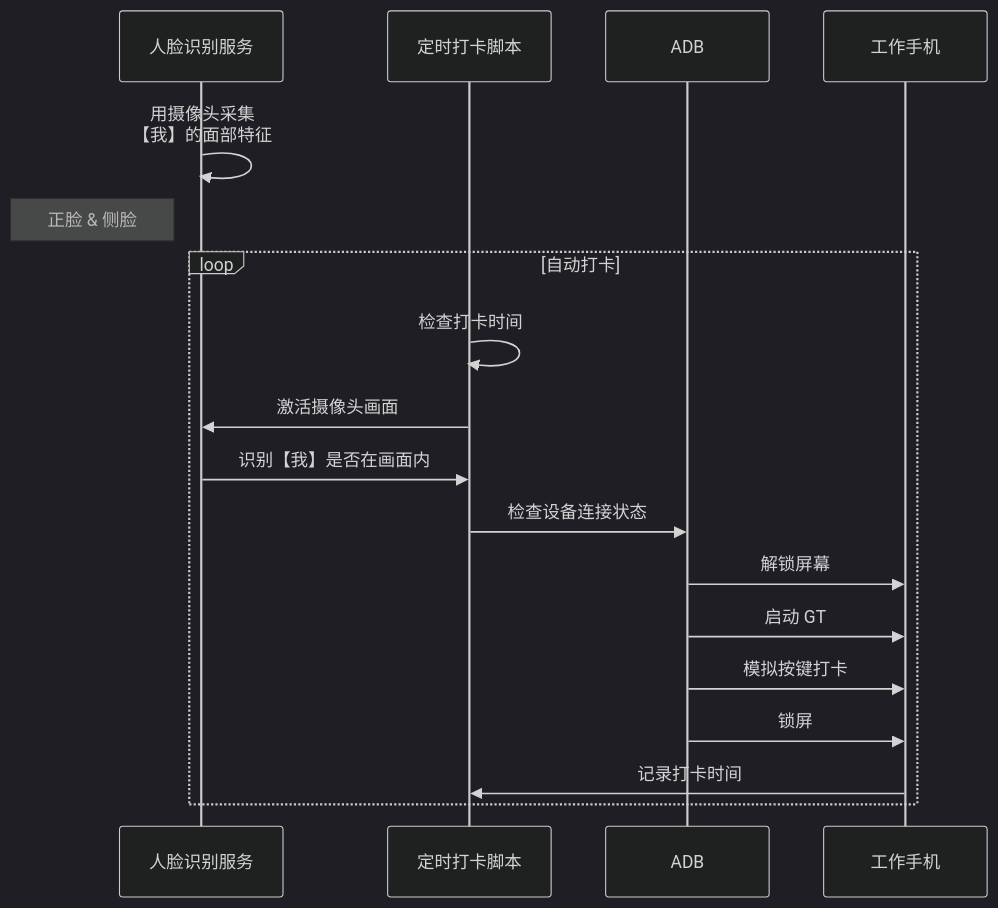
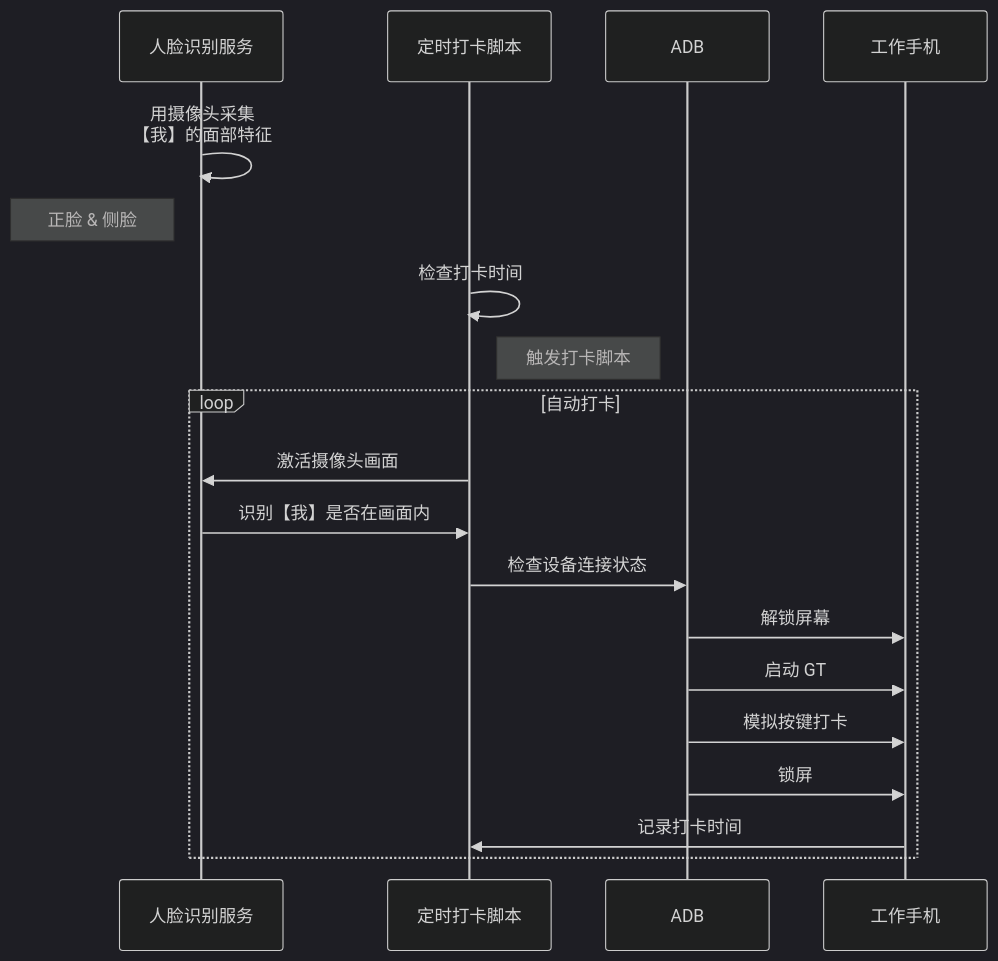
One commit to Visuals-AI/AI-auto-checkin changed the diagram in README2.md. Above: the diagram before and after it, drawn with Mermaid (dark theme). The commit also changed 1 other file, not shown here.

Commit message:
更新流程

````diff
--- a/README2.md
+++ b/README2.md
@@ -51,20 +51,21 @@
 ```mermaid
 sequenceDiagram
     participant 人脸识别服务
     participant 定时打卡脚本
     participant ADB
     participant 工作手机
     人脸识别服务->>人脸识别服务: 用摄像头采集<br/>【我】的面部特征
     Note left of 人脸识别服务: 正脸 & 侧脸
+    定时打卡脚本->>定时打卡脚本: 检查打卡时间
+    Note right of 定时打卡脚本: 触发打卡脚本
     loop 自动打卡
-        定时打卡脚本->>定时打卡脚本: 检查打卡时间
         定时打卡脚本->>人脸识别服务: 激活摄像头画面
         人脸识别服务->>定时打卡脚本: 识别【我】是否在画面内
         定时打卡脚本->>ADB: 检查设备连接状态
         ADB->>工作手机: 解锁屏幕
         ADB->>工作手机: 启动 GT
         ADB->>工作手机: 模拟按键打卡
         ADB->>工作手机: 锁屏
         工作手机->>定时打卡脚本: 记录打卡时间
     end
 ```
````
